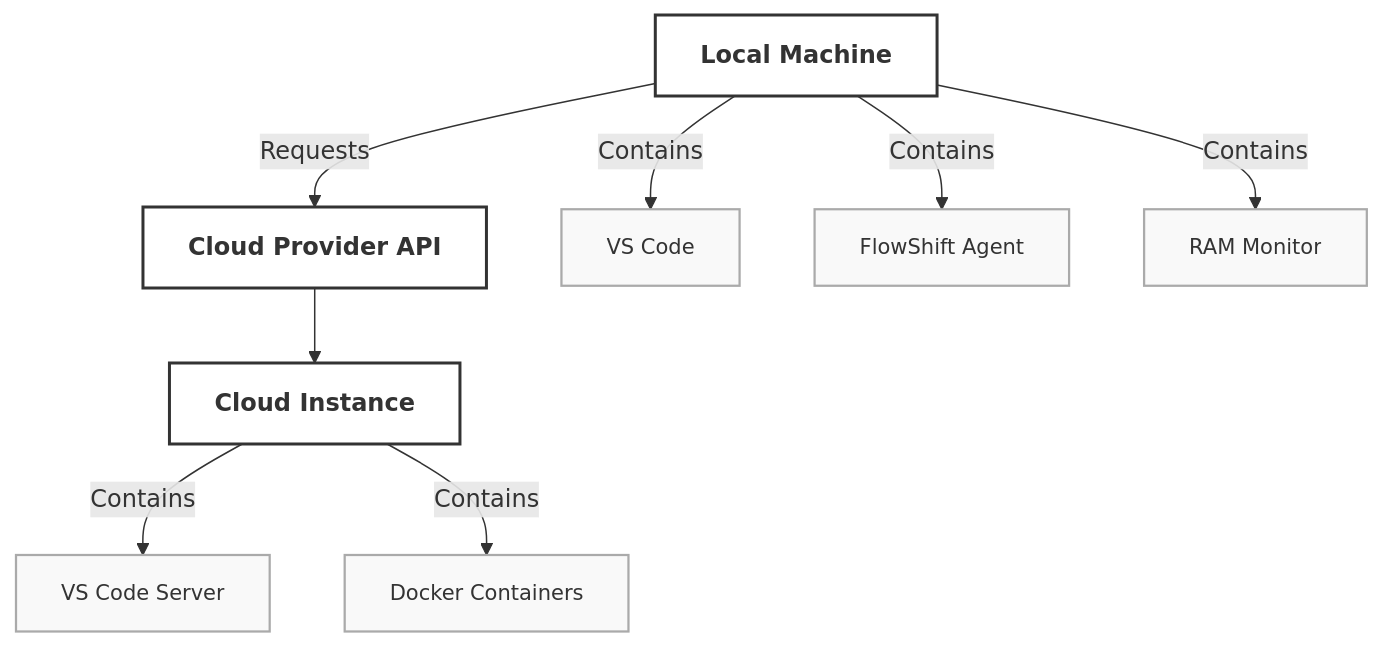
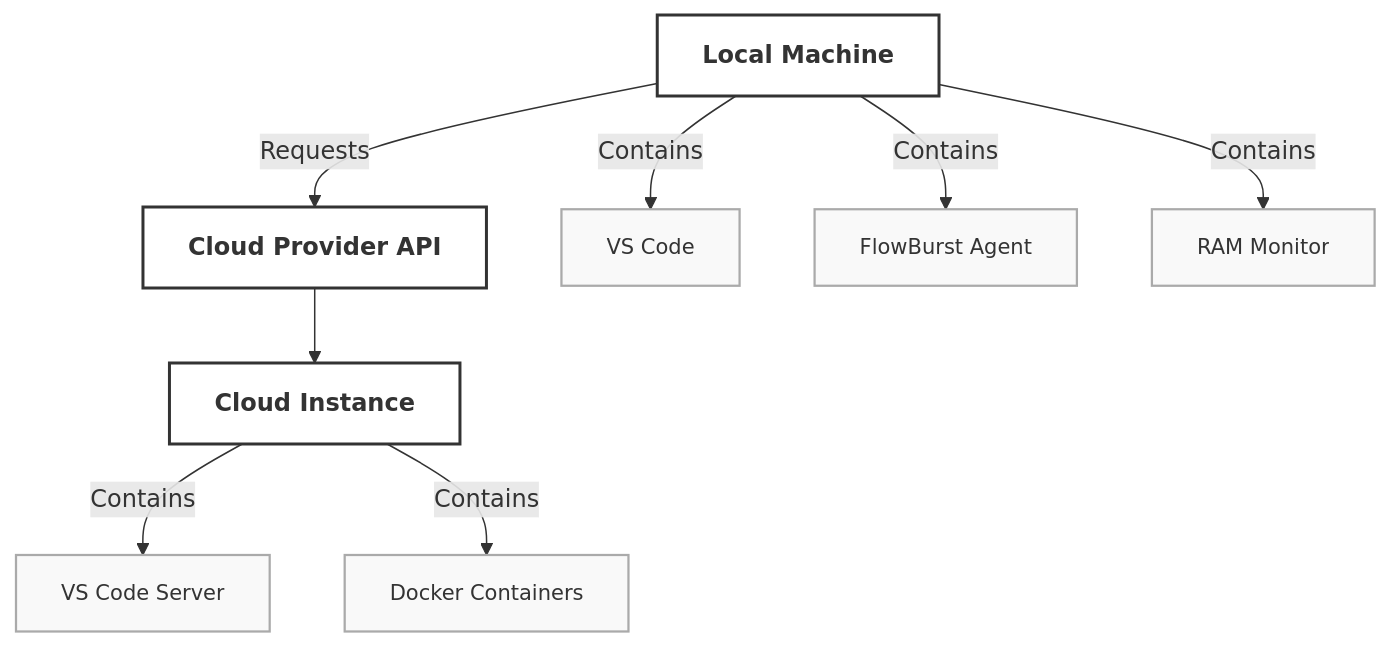
One commit to Rajat-Bansal3/FlowBurst changed the diagram in README.md. Above: the diagram before and after it, drawn with Mermaid. The commit also changed other lines of this file and 1 other file, not shown here.

````diff
--- a/README.md
+++ b/README.md
@@ -71,28 +71,28 @@
 ```mermaid
 graph TD;
     %% Main Flow
     A[Local Machine] --> |Requests| C[Cloud Provider API] --> B[Cloud Instance];  
 
     %% Subcomponents
     D[VS Code];
-    E[FlowShift Agent];
+    E[FlowBurst Agent];
     F[RAM Monitor];
 
     G[VS Code Server];
     H[Docker Containers];
 
     %% Relationships
     A -->|Contains| D;
     A -->|Contains| E;
     A -->|Contains| F;
     B -->|Contains| G;
     B -->|Contains| H;
 
     %% Styling Definitions
     classDef main fill:#ffffff,stroke:#333,stroke-width:2px,font-size:16px,font-weight:bold;
     classDef sub fill:#f9f9f9,stroke:#aaa,stroke-width:1.5px,font-size:14px;
     
     %% Apply Styles
     class A,B,C main;
     class D,E,F,G,H sub;
 ```
````
